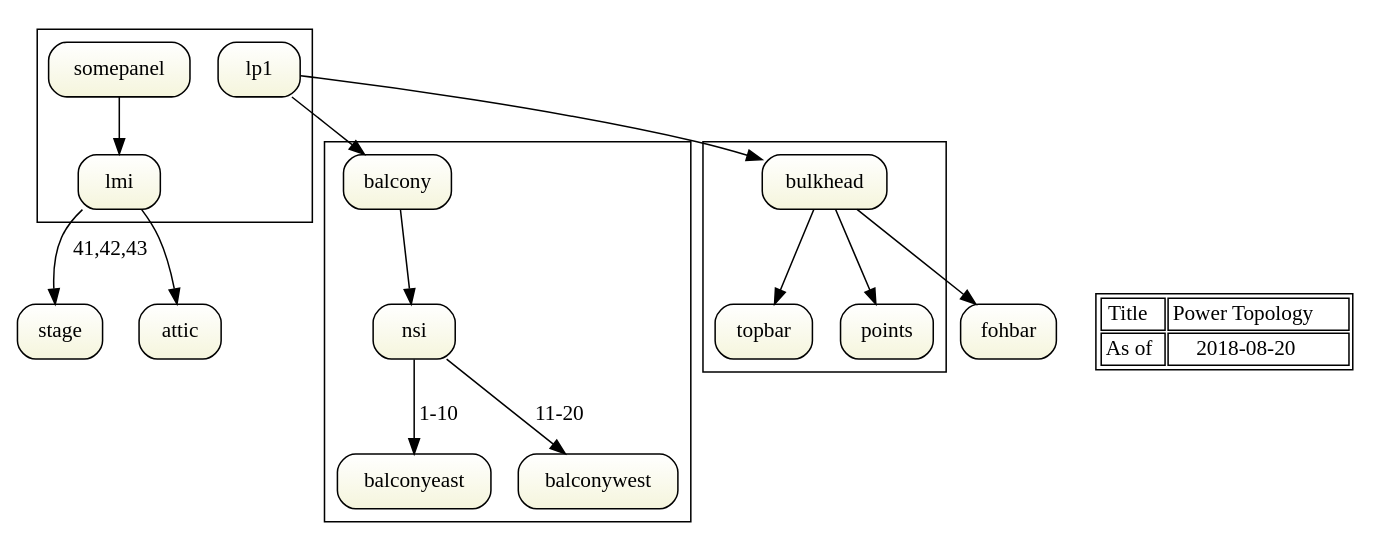
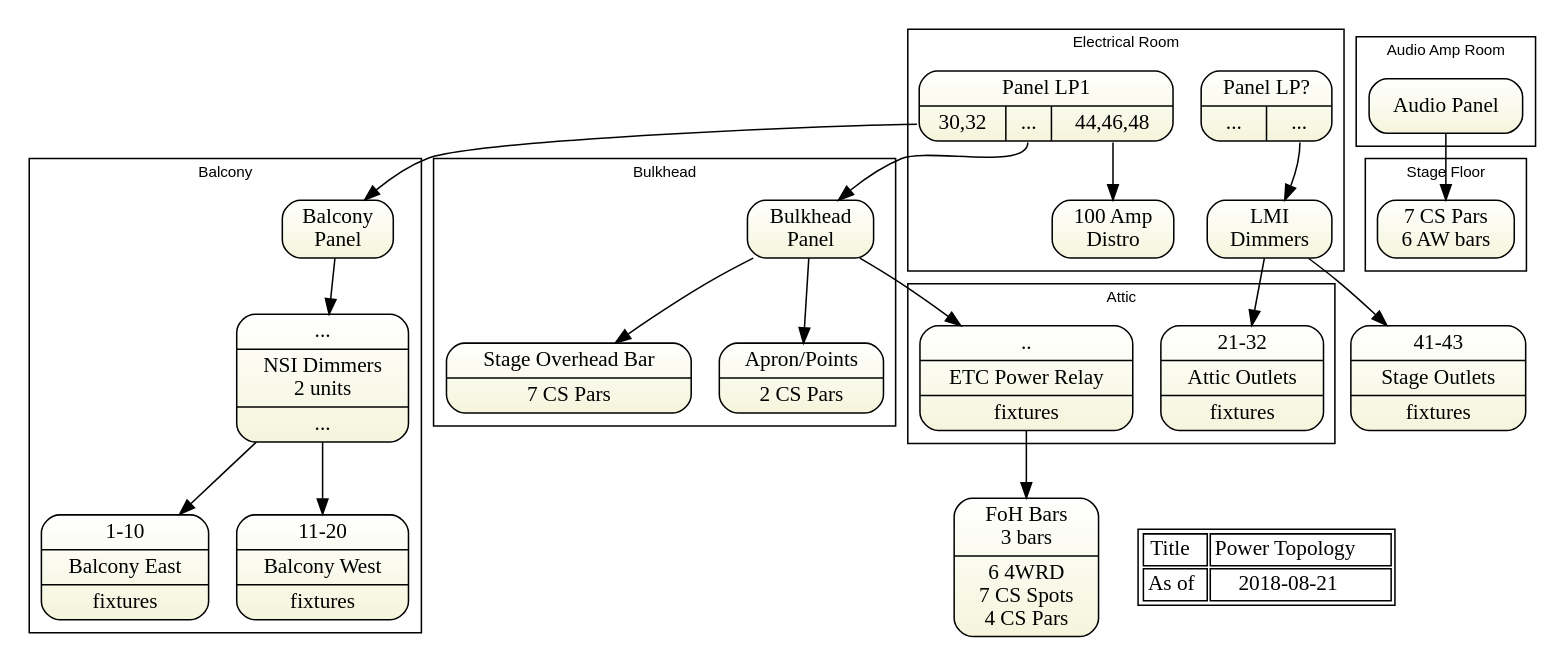
One commit to avmaint/uactechdoc changed the diagram in sdl-topology3-power.gv. Above: the diagram before and after it, drawn with Graphviz. The commit also changed 2 other files, not shown here.

```diff
--- a/sdl-topology3-power.gv
+++ b/sdl-topology3-power.gv
@@ -1,56 +1,85 @@
 digraph topology3 { 
 graph [overlap = true, fontsize = 10, rankdir=TB 
-      tooltip="Power Topology",
+      tooltip="Lighting Power Topology",
       fontname = Helvetica]
 
 node [shape=Mrecord, tooltip="" , 
       fillcolor="white:beige" , style=filled  
       gradientangle=270]
       
+lp1 [label="{{Panel LP1}|{ <o3032>30,32|<o2>...|<o4448>44,46,48}}"]
+somepanel [label="{{Panel LP?}|{ <o3032>...|<ox>... }}"]
+stage     [label="{<i>41-43|{Stage Outlets}|{ fixtures}}"]
+balconyeast  [label="{<i>1-10|{Balcony East}|{ fixtures}}"]
+balconywest  [label="{<i>11-20|{Balcony West}|{ fixtures}}"]
+
+fohbar       [label="{FoH Bars\n3 bars|6 4WRD\n7 CS Spots\n4 CS Pars}"]
+topbar       [label="{Stage Overhead Bar|7 CS Pars}"]
+points       [label="{Apron/Points|2 CS Pars}"]
+
+etcrelay  [label="{<i>..|{ETC Power Relay}|{ fixtures}}"]
+
       
-subgraph cluster_er {
+subgraph cluster_er { label="Electrical Room"
   somepanel
-  lmi
+  lmi      [label="LMI\nDimmers"]
   lp1
+  distro [label="100 Amp\nDistro"]
 }      
 
-subgraph cluster_bal {
-  balcony
-  nsi
+subgraph cluster_bal { label="Balcony"
+  balcony     [label="Balcony\nPanel"]
+  nsi         [label="{<i>...|{NSI Dimmers\n2 units}|{ <o>...}}"]
   balconyeast
   balconywest
 }
 
-subgraph cluster_bulk {
-  bulkhead
+subgraph cluster_bulk { label="Bulkhead"
+  bulkhead  [label="Bulkhead\nPanel"]
   topbar
   points
 }
 
-somepanel -> lmi
-lmi -> stage [label="41,42,43"]
+subgraph cluster_attic {label="Attic"
+attic [label="{<i>21-32|{Attic Outlets}|{ fixtures}}"]
+etcrelay
+}
+
+subgraph cluster_amp {label="Audio Amp Room"
+   amppanel [label="Audio Panel"]
+}
+
+subgraph cluster_stage {label="Stage Floor"
+  stagepars [label="7 CS Pars\n6 AW bars"]
+}
+
+amppanel -> stagepars
+
+somepanel:ox -> lmi
+lmi -> stage  
 lmi -> attic
 
-lp1 -> bulkhead
-lp1 -> balcony
+lp1:o2 -> bulkhead
+lp1:o3032 -> balcony  
+lp1:o4448 -> distro
 balcony -> nsi
-nsi -> balconyeast [label="1-10"]
-nsi -> balconywest [label="11-20"]
+nsi -> balconyeast  
+nsi -> balconywest  
 
 bulkhead -> topbar
 bulkhead -> points
-bulkhead -> fohbar
+bulkhead -> etcrelay -> fohbar
   
 Node [shape=plaintext, fillcolor=white]
 stamp [label= <<table>
 <tr><td>Title</td>
     <td>Power Topology</td>
 </tr>    
 <tr><td>As of</td>
-    <td>2018-08-20</td>
+    <td>2018-08-21</td>
 </tr>
 </table>> ]  
 
-{rank=same; stamp  attic  }
+{rank=same; stamp  fohbar    }
 
  } 
```
